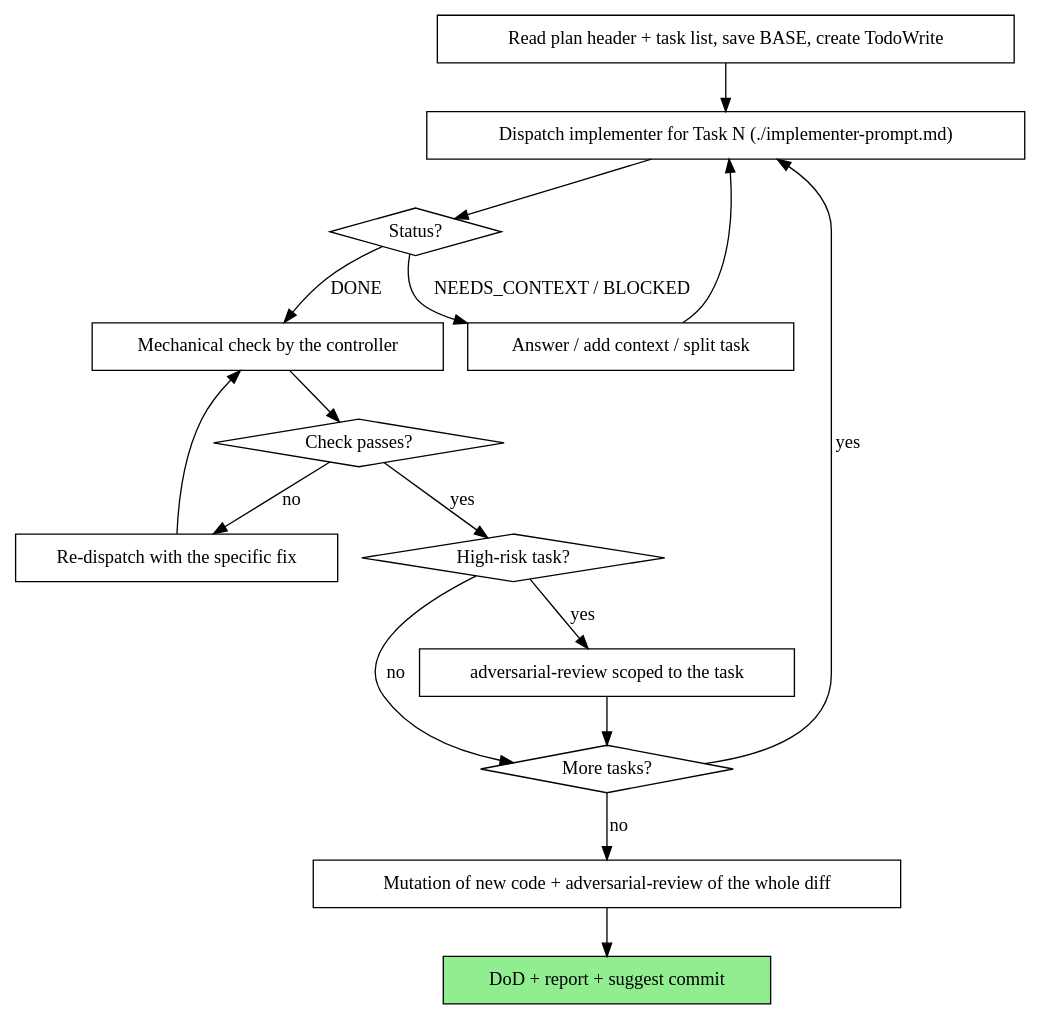
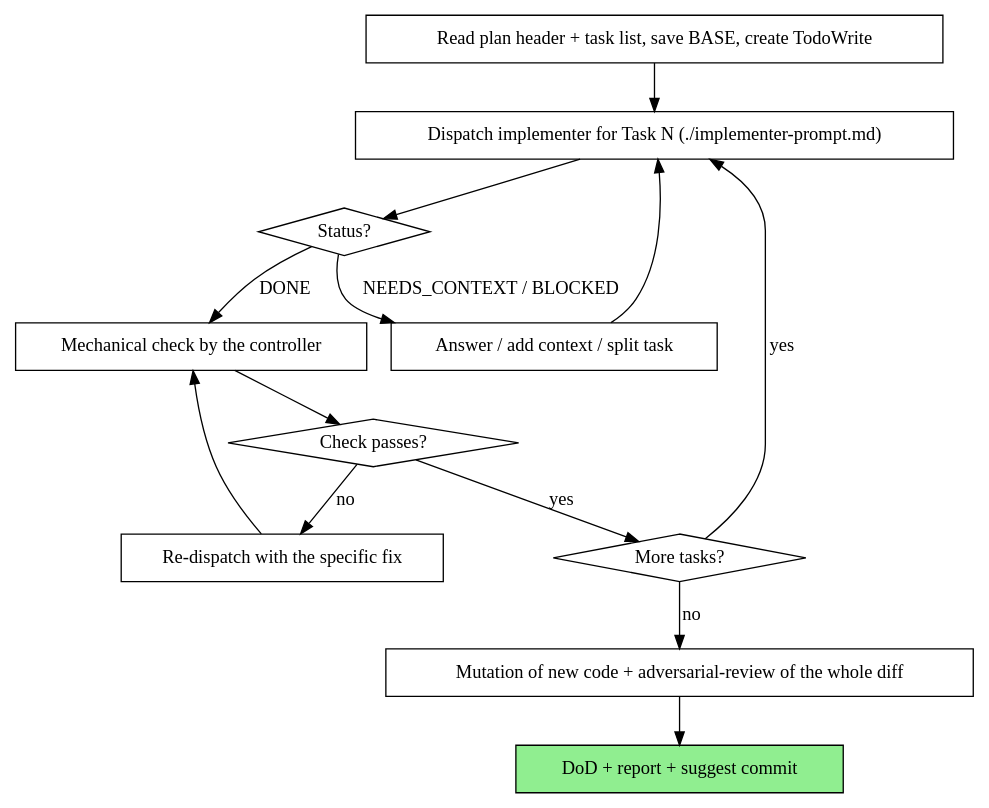
Before and after one commit to JorgeIPN7/template-nest-js-hexagonal-ddd-mudblood: the diagram in .claude/skills/subagent-driven-development/SKILL.md, drawn with Graphviz. The commit also changed other lines of this file and 19 other files, not shown here.

````diff
--- a/.claude/skills/subagent-driven-development/SKILL.md
+++ b/.claude/skills/subagent-driven-development/SKILL.md
@@ -39,33 +39,28 @@
 ```dot
 digraph process {
     rankdir=TB;
     "Read plan header + task list, save BASE, create TodoWrite" [shape=box];
     "Dispatch implementer for Task N (./implementer-prompt.md)" [shape=box];
     "Status?" [shape=diamond];
     "Answer / add context / split task" [shape=box];
     "Mechanical check by the controller" [shape=box];
     "Check passes?" [shape=diamond];
     "Re-dispatch with the specific fix" [shape=box];
-    "High-risk task?" [shape=diamond];
-    "adversarial-review scoped to the task" [shape=box];
     "More tasks?" [shape=diamond];
     "Mutation of new code + adversarial-review of the whole diff" [shape=box];
     "DoD + report + suggest commit" [shape=box style=filled fillcolor=lightgreen];
 
     "Read plan header + task list, save BASE, create TodoWrite" -> "Dispatch implementer for Task N (./implementer-prompt.md)";
     "Dispatch implementer for Task N (./implementer-prompt.md)" -> "Status?";
     "Status?" -> "Answer / add context / split task" [label="NEEDS_CONTEXT / BLOCKED"];
     "Answer / add context / split task" -> "Dispatch implementer for Task N (./implementer-prompt.md)";
     "Status?" -> "Mechanical check by the controller" [label="DONE"];
     "Mechanical check by the controller" -> "Check passes?";
     "Check passes?" -> "Re-dispatch with the specific fix" [label="no"];
     "Re-dispatch with the specific fix" -> "Mechanical check by the controller";
-    "Check passes?" -> "High-risk task?" [label="yes"];
-    "High-risk task?" -> "adversarial-review scoped to the task" [label="yes"];
-    "High-risk task?" -> "More tasks?" [label="no"];
-    "adversarial-review scoped to the task" -> "More tasks?";
+    "Check passes?" -> "More tasks?" [label="yes"];
     "More tasks?" -> "Dispatch implementer for Task N (./implementer-prompt.md)" [label="yes"];
     "More tasks?" -> "Mutation of new code + adversarial-review of the whole diff" [label="no"];
     "Mutation of new code + adversarial-review of the whole diff" -> "DoD + report + suggest commit";
 }
 ```
````
